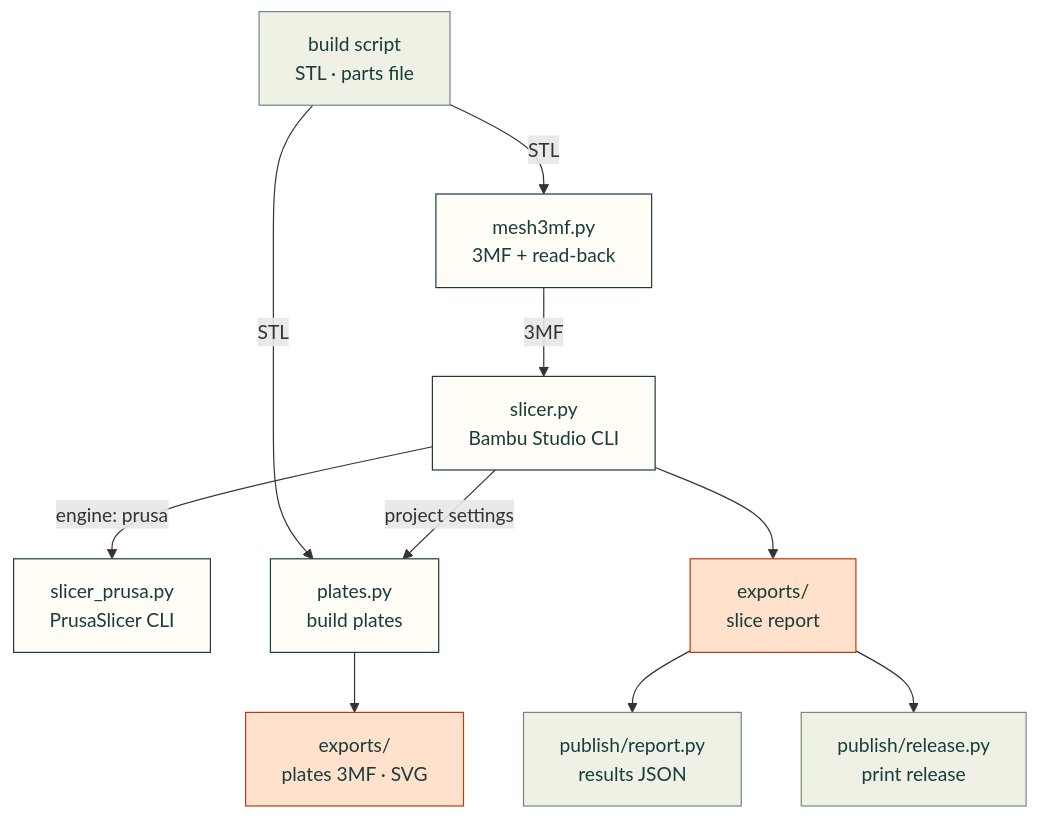
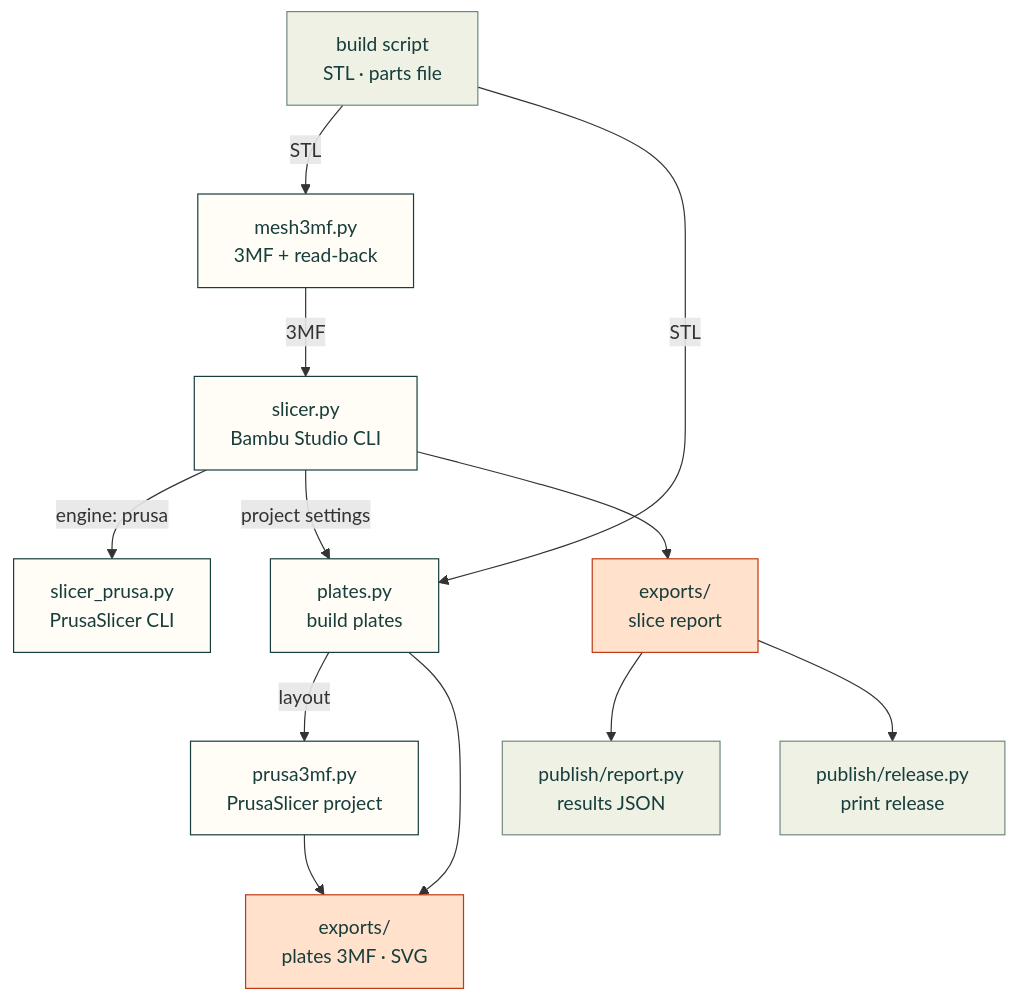
One commit to Valpatel/cad-agent changed the diagram in src/cadagent/manufacturing/README.md. Above: the diagram before and after it, drawn with Mermaid. The commit also changed other lines of this file and 5 other files, not shown here.

First line of the commit message:
feat(manufacturing): PrusaSlicer project 3MF writer (#248)

````diff
--- a/src/cadagent/manufacturing/README.md
+++ b/src/cadagent/manufacturing/README.md
@@ -12,18 +13,20 @@
 ```mermaid
 flowchart TD
     B["build script<br/>STL · parts file"] -->|"STL"| M3["mesh3mf.py<br/>3MF + read-back"]
     M3 -->|"3MF"| SL["slicer.py<br/>Bambu Studio CLI"]
     SL -->|"engine: prusa"| SP["slicer_prusa.py<br/>PrusaSlicer CLI"]
     B -->|"STL"| PL["plates.py<br/>build plates"]
     SL -->|"project settings"| PL
+    PL -->|"layout"| PR["prusa3mf.py<br/>PrusaSlicer project"]
+    PR --> PF
     PL --> PF["exports/<br/>plates 3MF · SVG"]
     SL --> SR["exports/<br/>slice report"]
     SR --> R["publish/report.py<br/>results JSON"]
     SR --> REL["publish/release.py<br/>print release"]
     classDef here fill:#fffdf5,stroke:#173d3c,color:#173d3c
     classDef near fill:#eef1e4,stroke:#6f8a80,color:#173d3c
     classDef out fill:#ffe1cc,stroke:#bd3a12,color:#173d3c
-    class M3,SL,SP,PL here
+    class M3,SL,SP,PL,PR here
     class B,R,REL near
     class SR,PF out
 ```
````
